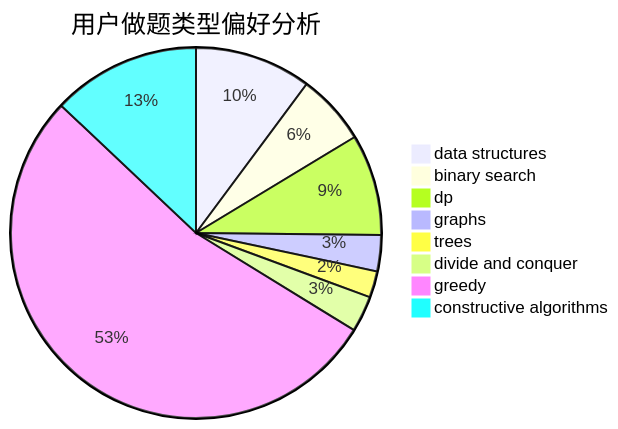
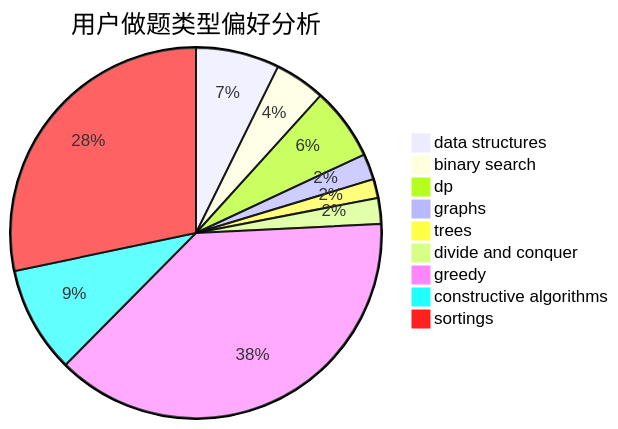
The second of 3 diagrams in docs/user/u17.md (sherpahu/cfrs.github.io), drawn with Mermaid before and after one commit. The commit also changed other lines of this file and 2769 other files, not shown here.

````diff
--- a/docs/user/u17.md
+++ b/docs/user/u17.md
@@ -23,11 +18,12 @@
 ```mermaid
 pie title 用户做题类型偏好分析
     "data structures" :  84
     "binary search" :  51
     "dp" :  73
     "graphs" :  26
     "trees" :  19
     "divide and conquer" :  26
     "greedy" :  440
     "constructive algorithms" :  107
+    "sortings" :  326
 ```
````
